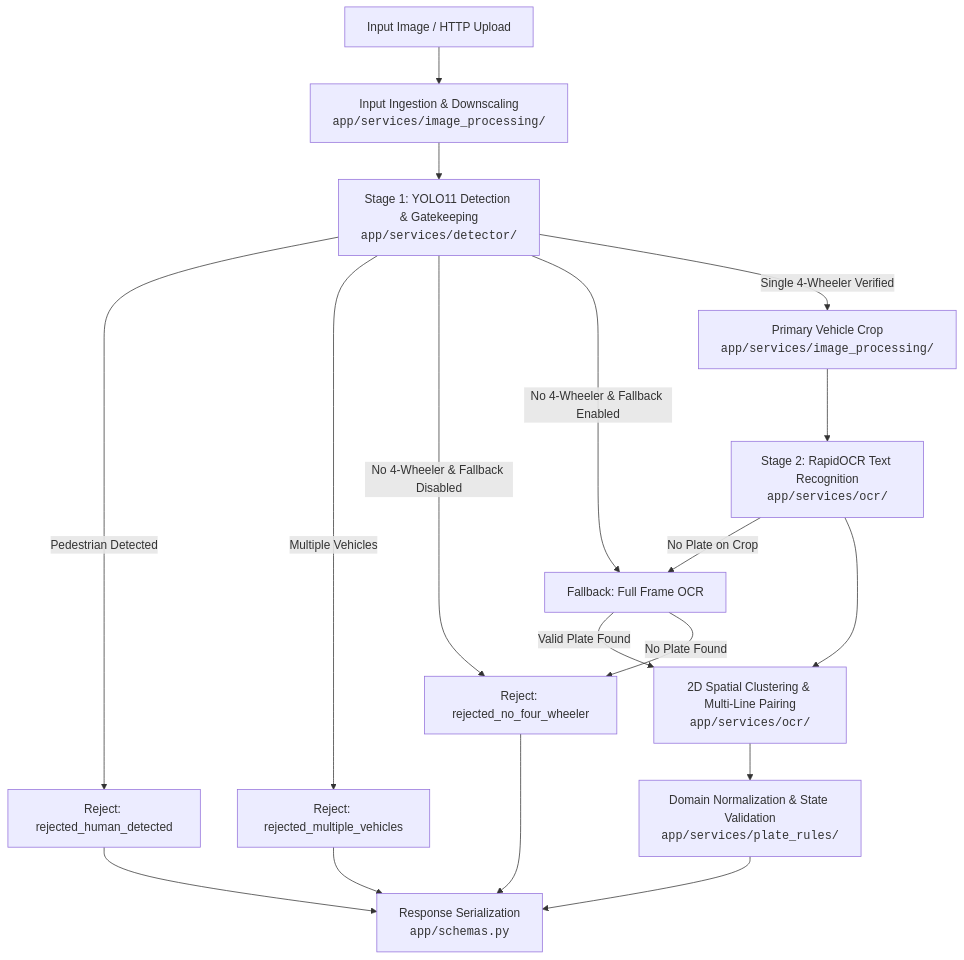
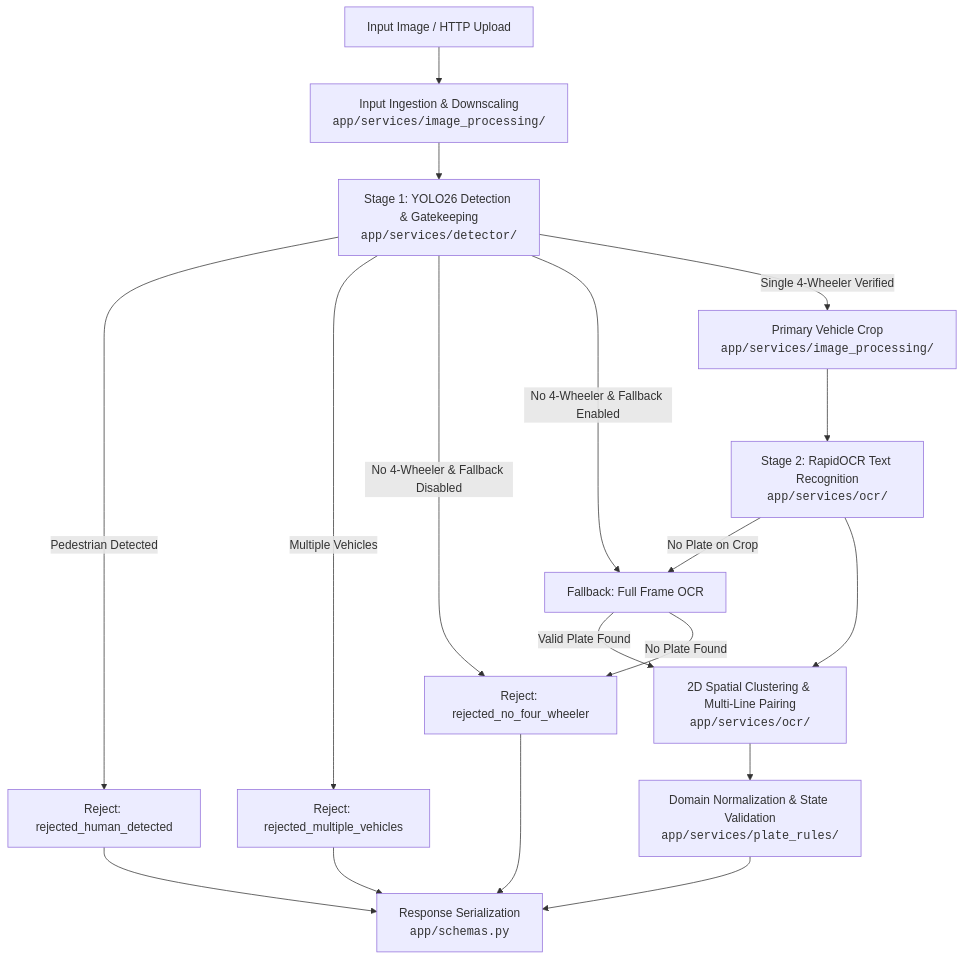
One commit to dheereshag/argus changed the diagram in docs/ARCHITECTURE.md. Above: the diagram before and after it, drawn with Mermaid. The commit also changed other lines of this file and 15 other files, not shown here.

````diff
--- a/docs/ARCHITECTURE.md
+++ b/docs/ARCHITECTURE.md
@@ -11,25 +11,25 @@
 ```mermaid
 flowchart TD
     A[Input Image / HTTP Upload] --> B[Input Ingestion & Downscaling<br/><code>app/services/image_processing/</code>]
-    B --> C[Stage 1: YOLO11 Detection & Gatekeeping<br/><code>app/services/detector/</code>]
+    B --> C[Stage 1: YOLO26 Detection & Gatekeeping<br/><code>app/services/detector/</code>]
     
     C -- Pedestrian Detected --> R1[Reject: rejected_human_detected]
     C -- Multiple Vehicles --> R2[Reject: rejected_multiple_vehicles]
     C -- No 4-Wheeler & Fallback Disabled --> R3[Reject: rejected_no_four_wheeler]
     C -- No 4-Wheeler & Fallback Enabled --> E2[Fallback: Full Frame OCR]
     
     C -- Single 4-Wheeler Verified --> D[Primary Vehicle Crop<br/><code>app/services/image_processing/</code>]
     
     D --> E[Stage 2: RapidOCR Text Recognition<br/><code>app/services/ocr/</code>]
     E -- No Plate on Crop --> E2
     E --> F[2D Spatial Clustering & Multi-Line Pairing<br/><code>app/services/ocr/</code>]
     E2 -- Valid Plate Found --> F
     E2 -- No Plate Found --> R3
     
     F --> G[Domain Normalization & State Validation<br/><code>app/services/plate_rules/</code>]
     G --> H[Response Serialization<br/><code>app/schemas.py</code>]
     
     R1 --> H
     R2 --> H
     R3 --> H
 ```
````
